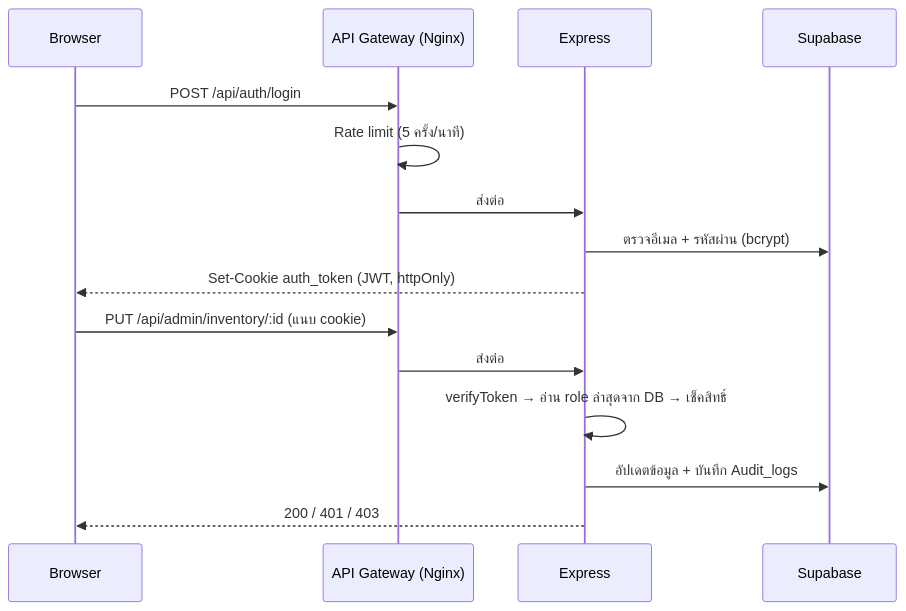
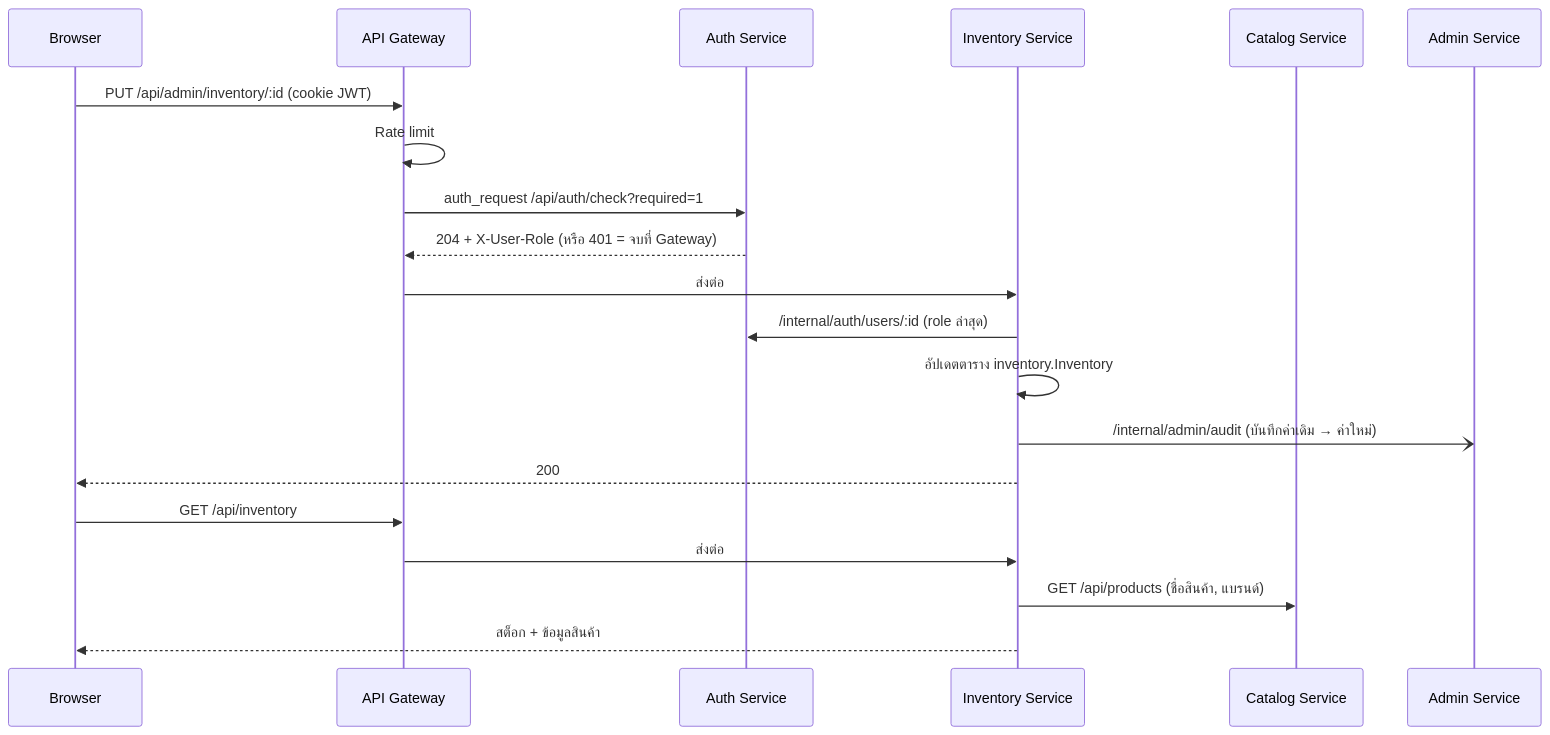
One commit to Rafha00/Grand-Service changed the second of 2 diagrams in docs/ARCHITECTURE.md. Above: the diagram before and after it, drawn with Mermaid. The commit also changed other lines of this file and 32 other files, not shown here.

````diff
--- a/docs/ARCHITECTURE.md
+++ b/docs/ARCHITECTURE.md
@@ -40,19 +104,24 @@
 ```mermaid
 sequenceDiagram
   participant C as Browser
-  participant G as API Gateway (Nginx)
-  participant B as Express
-  participant D as Supabase
+  participant G as API Gateway
+  participant A as Auth Service
+  participant I as Inventory Service
+  participant K as Catalog Service
+  participant D as Admin Service
 
-  C->>G: POST /api/auth/login
-  G->>G: Rate limit (5 ครั้ง/นาที)
-  G->>B: ส่งต่อ
-  B->>D: ตรวจอีเมล + รหัสผ่าน (bcrypt)
-  B-->>C: Set-Cookie auth_token (JWT, httpOnly)
+  C->>G: PUT /api/admin/inventory/:id (cookie JWT)
+  G->>G: Rate limit
+  G->>A: auth_request /api/auth/check?required=1
+  A-->>G: 204 + X-User-Role (หรือ 401 = จบที่ Gateway)
+  G->>I: ส่งต่อ
+  I->>A: /internal/auth/users/:id (role ล่าสุด)
+  I->>I: อัปเดตตาราง inventory.Inventory
+  I-)D: /internal/admin/audit (บันทึกค่าเดิม → ค่าใหม่)
+  I-->>C: 200
 
-  C->>G: PUT /api/admin/inventory/:id (แนบ cookie)
-  G->>B: ส่งต่อ
-  B->>B: verifyToken → อ่าน role ล่าสุดจาก DB → เช็คสิทธิ์
-  B->>D: อัปเดตข้อมูล + บันทึก Audit_logs
-  B-->>C: 200 / 401 / 403
+  C->>G: GET /api/inventory
+  G->>I: ส่งต่อ
+  I->>K: GET /api/products (ชื่อสินค้า, แบรนด์)
+  I-->>C: สต็อก + ข้อมูลสินค้า
 ```
````
